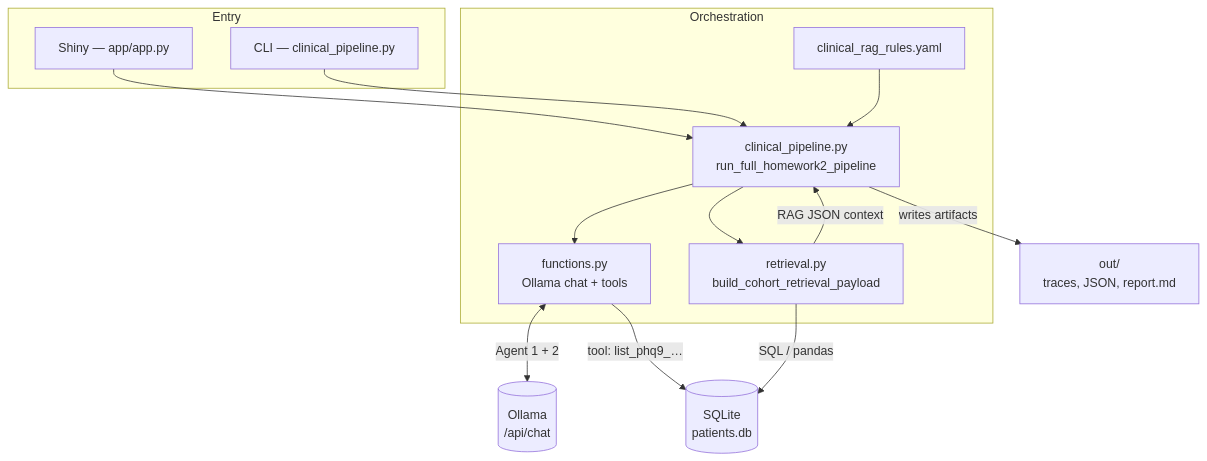
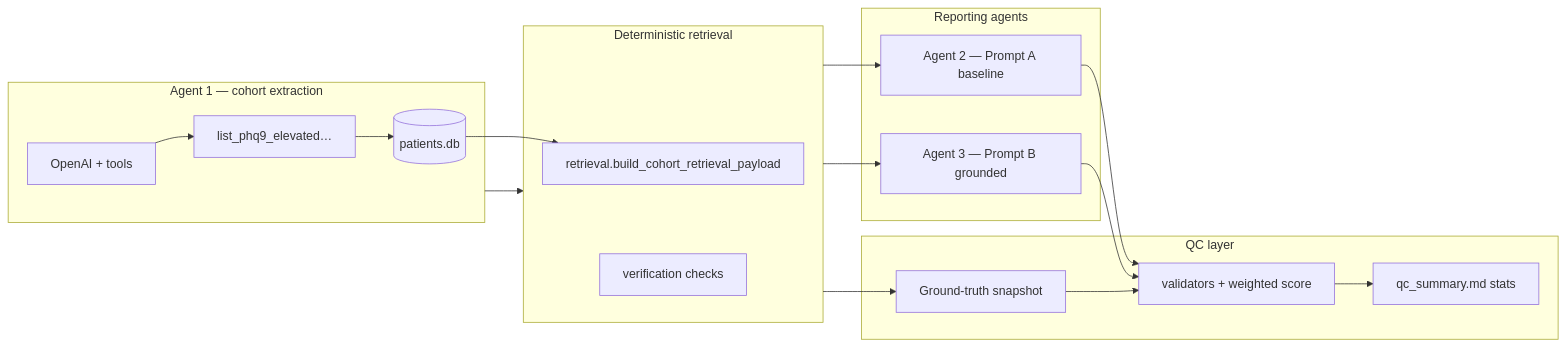
One commit to MatthewTirelli/DSAI-HW2 changed the fifth of 5 diagrams in HW2/README.md. Above: the diagram before and after it, drawn with Mermaid. The commit also changed other lines of this file and 33 other files, not shown here.

First line of the commit message:
Add HW3 dual-prompt QC pipeline, README architecture, Posit docs

````diff
--- a/HW2/README.md
+++ b/HW2/README.md
@@ -15,32 +261,34 @@
 ```mermaid
-flowchart TB
-  subgraph entry["Entry"]
-    Shiny["Shiny — app/app.py"]
-    CLI["CLI — clinical_pipeline.py"]
+flowchart LR
+  subgraph a1["Agent 1 — cohort extraction"]
+    M1["OpenAI + tools"]
+    T["list_phq9_elevated…"]
+    M1 --> T --> DB[("patients.db")]
   end
 
-  subgraph core["Orchestration"]
-    CP["clinical_pipeline.py<br/>run_full_homework2_pipeline"]
-    Fn["functions.py<br/>Ollama chat + tools"]
-    Ret["retrieval.py<br/>build_cohort_retrieval_payload"]
-    Rules["clinical_rag_rules.yaml"]
+  subgraph r["Deterministic retrieval"]
+    R["retrieval.build_cohort_retrieval_payload"]
+    V["verification checks"]
   end
 
-  Ollama[("Ollama<br/>/api/chat")]
-  DB[("SQLite<br/>patients.db")]
-  Out["out/<br/>traces, JSON, report.md"]
+  subgraph rep["Reporting agents"]
+    M2["Agent 2 — Prompt A baseline"]
+    M3["Agent 3 — Prompt B grounded"]
+  end
 
-  Shiny --> CP
-  CLI --> CP
+  subgraph q["QC layer"]
+    GT["Ground-truth snapshot"]
+    Val["validators + weighted score"]
+    Stat["qc_summary.md stats"]
+  end
 
-  CP --> Fn
-  Fn <-->|"Agent 1 + 2"| Ollama
-  Fn -->|"tool: list_phq9_…"| DB
-
-  CP --> Ret
-  Ret -->|"SQL / pandas"| DB
-  Ret -->|"RAG JSON context"| CP
-
-  Rules --> CP
-  CP -->|"writes artifacts"| Out
+  a1 --> r
+  r --> M2
+  r --> M3
+  M2 --> Val
+  M3 --> Val
+  DB --> R
+  r --> GT
+  GT --> Val
+  Val --> Stat
 ```
````
